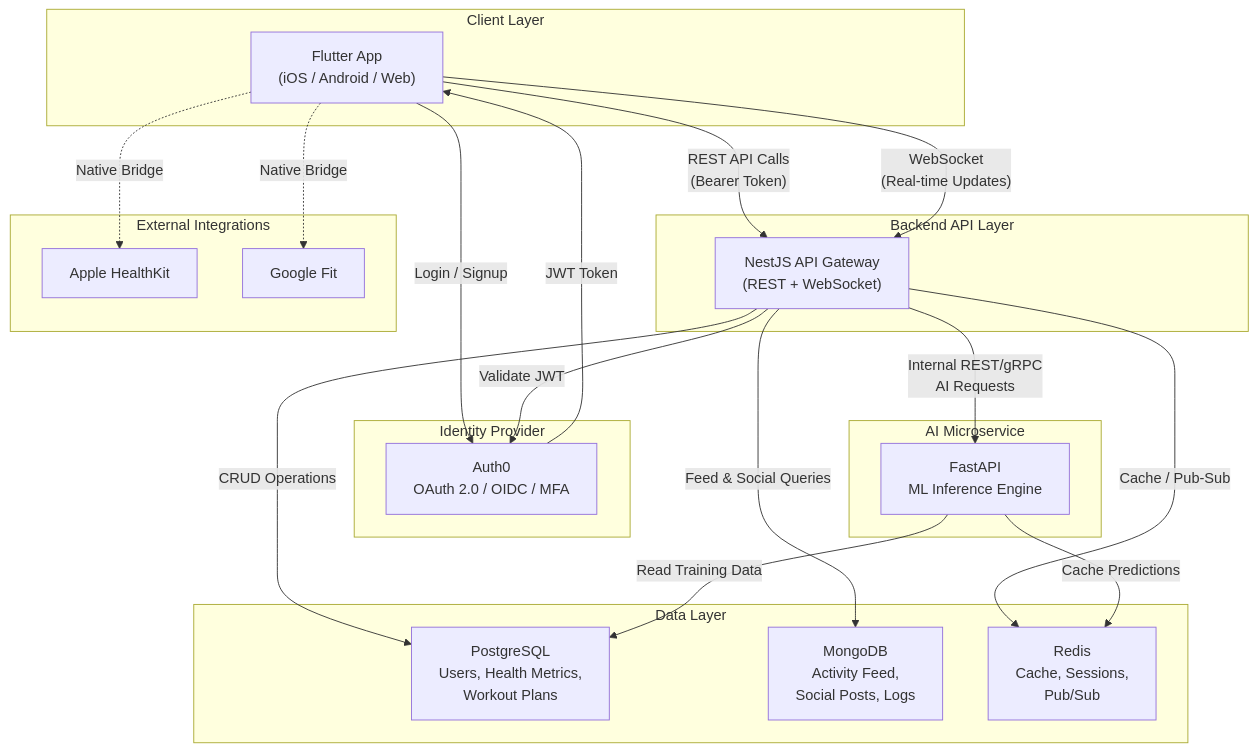
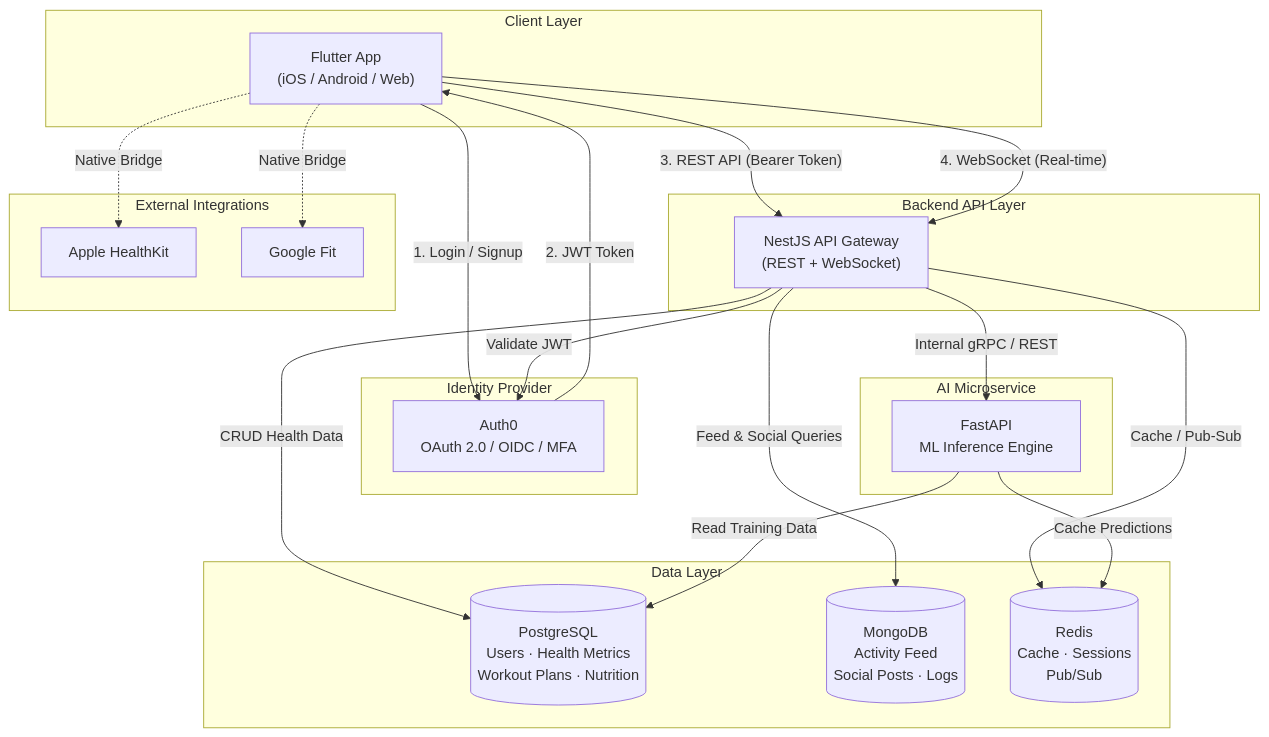
Before and after one commit to Malinda-SA/fitflow-redesign: the diagram in docs/architecture-diagram.md, drawn with Mermaid. The commit also changed other lines of this file and 12 other files, not shown here.

Commit message:
Complete Activity 5: full documentation, comparison matrices, architecture diagram, ADRs, and CI pipeline

````diff
--- a/docs/architecture-diagram.md
+++ b/docs/architecture-diagram.md
@@ -5,45 +5,45 @@
 ```mermaid
 graph TB
     subgraph Client["Client Layer"]
         Flutter["Flutter App<br/>(iOS / Android / Web)"]
     end
 
     subgraph Auth["Identity Provider"]
         Auth0["Auth0<br/>OAuth 2.0 / OIDC / MFA"]
     end
 
     subgraph API["Backend API Layer"]
         NestJS["NestJS API Gateway<br/>(REST + WebSocket)"]
     end
 
     subgraph AI["AI Microservice"]
         FastAPI["FastAPI<br/>ML Inference Engine"]
     end
 
     subgraph Data["Data Layer"]
-        PostgreSQL["PostgreSQL<br/>Users, Health Metrics,<br/>Workout Plans"]
-        MongoDB["MongoDB<br/>Activity Feed,<br/>Social Posts, Logs"]
-        Redis["Redis<br/>Cache, Sessions,<br/>Pub/Sub"]
+        PostgreSQL[("PostgreSQL<br/>Users · Health Metrics<br/>Workout Plans · Nutrition")]
+        MongoDB[("MongoDB<br/>Activity Feed<br/>Social Posts · Logs")]
+        Redis[("Redis<br/>Cache · Sessions<br/>Pub/Sub")]
     end
 
     subgraph External["External Integrations"]
         HealthKit["Apple HealthKit"]
         GoogleFit["Google Fit"]
     end
 
-    Flutter -- "Login / Signup" --> Auth0
-    Auth0 -- "JWT Token" --> Flutter
-    Flutter -- "REST API Calls<br/>(Bearer Token)" --> NestJS
-    Flutter -- "WebSocket<br/>(Real-time Updates)" --> NestJS
+    Flutter -- "1. Login / Signup" --> Auth0
+    Auth0 -- "2. JWT Token" --> Flutter
+    Flutter -- "3. REST API (Bearer Token)" --> NestJS
+    Flutter -- "4. WebSocket (Real-time)" --> NestJS
     Flutter -. "Native Bridge" .-> HealthKit
     Flutter -. "Native Bridge" .-> GoogleFit
 
     NestJS -- "Validate JWT" --> Auth0
-    NestJS -- "CRUD Operations" --> PostgreSQL
+    NestJS -- "CRUD Health Data" --> PostgreSQL
     NestJS -- "Feed & Social Queries" --> MongoDB
     NestJS -- "Cache / Pub-Sub" --> Redis
-    NestJS -- "Internal REST/gRPC<br/>AI Requests" --> FastAPI
+    NestJS -- "Internal gRPC / REST" --> FastAPI
 
     FastAPI -- "Read Training Data" --> PostgreSQL
     FastAPI -- "Cache Predictions" --> Redis
 ```
````
